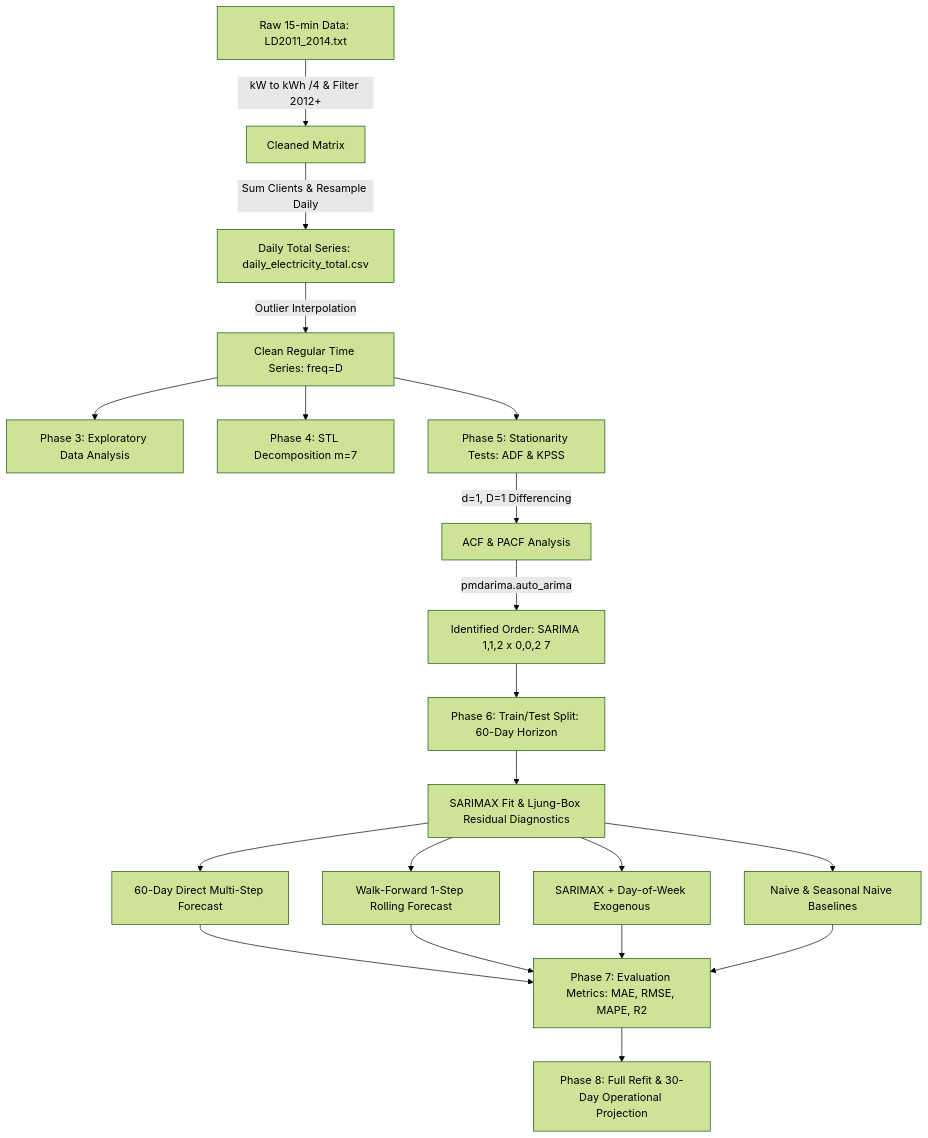
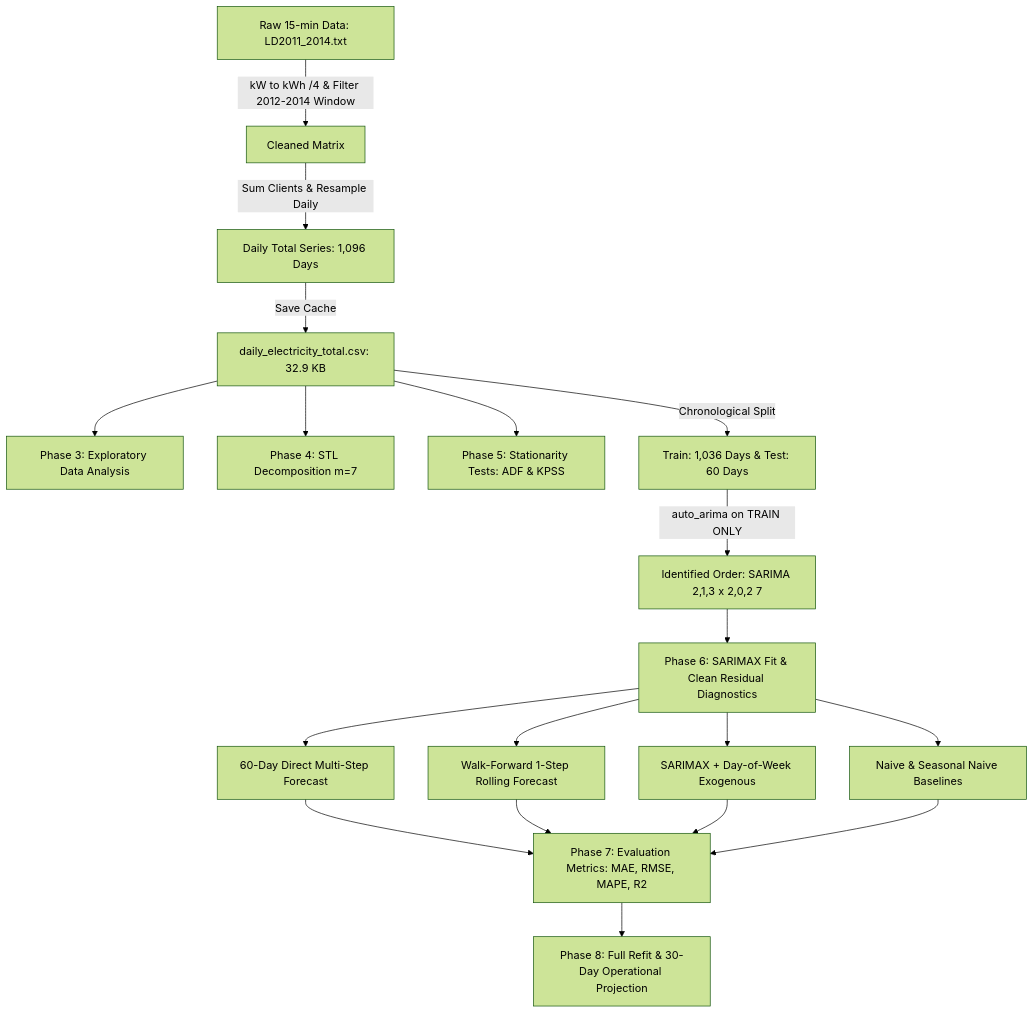
Before and after one commit to Akki-74/Electricity-Demand-Forecasting-with-SARIMA: the diagram in README.md, drawn with Mermaid (forest theme). The commit also changed other lines of this file and 19 other files, not shown here.

Commit message:
TIME FORECASTING with updated data

````diff
--- a/README.md
+++ b/README.md
@@ -63,24 +65,23 @@
 ```mermaid
 flowchart TD
-    A[Raw 15-min Data: LD2011_2014.txt] -->|kW to kWh /4 & Filter 2012+| B[Cleaned Matrix]
-    B -->|Sum Clients & Resample Daily| C[Daily Total Series: daily_electricity_total.csv]
-    C -->|Outlier Interpolation| D[Clean Regular Time Series: freq=D]
+    A[Raw 15-min Data: LD2011_2014.txt] -->|kW to kWh /4 & Filter 2012-2014 Window| B[Cleaned Matrix]
+    B -->|Sum Clients & Resample Daily| C[Daily Total Series: 1,096 Days]
+    C -->|Save Cache| D[daily_electricity_total.csv: 32.9 KB]
     
     D --> E[Phase 3: Exploratory Data Analysis]
     D --> F[Phase 4: STL Decomposition m=7]
     D --> G[Phase 5: Stationarity Tests: ADF & KPSS]
     
-    G -->|d=1, D=1 Differencing| H[ACF & PACF Analysis]
-    H -->|pmdarima.auto_arima| I[Identified Order: SARIMA 1,1,2 x 0,0,2 7]
+    D -->|Chronological Split| H[Train: 1,036 Days & Test: 60 Days]
+    H -->|auto_arima on TRAIN ONLY| I[Identified Order: SARIMA 2,1,3 x 2,0,2 7]
     
-    I --> J[Phase 6: Train/Test Split: 60-Day Horizon]
-    J --> K[SARIMAX Fit & Ljung-Box Residual Diagnostics]
+    I --> J[Phase 6: SARIMAX Fit & Clean Residual Diagnostics]
     
-    K --> L1[60-Day Direct Multi-Step Forecast]
-    K --> L2[Walk-Forward 1-Step Rolling Forecast]
-    K --> L3[SARIMAX + Day-of-Week Exogenous]
-    K --> L4[Naive & Seasonal Naive Baselines]
+    J --> K1[60-Day Direct Multi-Step Forecast]
+    J --> K2[Walk-Forward 1-Step Rolling Forecast]
+    J --> K3[SARIMAX + Day-of-Week Exogenous]
+    J --> K4[Naive & Seasonal Naive Baselines]
     
-    L1 & L2 & L3 & L4 --> M[Phase 7: Evaluation Metrics: MAE, RMSE, MAPE, R2]
-    M --> N[Phase 8: Full Refit & 30-Day Operational Projection]
+    K1 & K2 & K3 & K4 --> L[Phase 7: Evaluation Metrics: MAE, RMSE, MAPE, R2]
+    L --> M[Phase 8: Full Refit & 30-Day Operational Projection]
 ```
````
